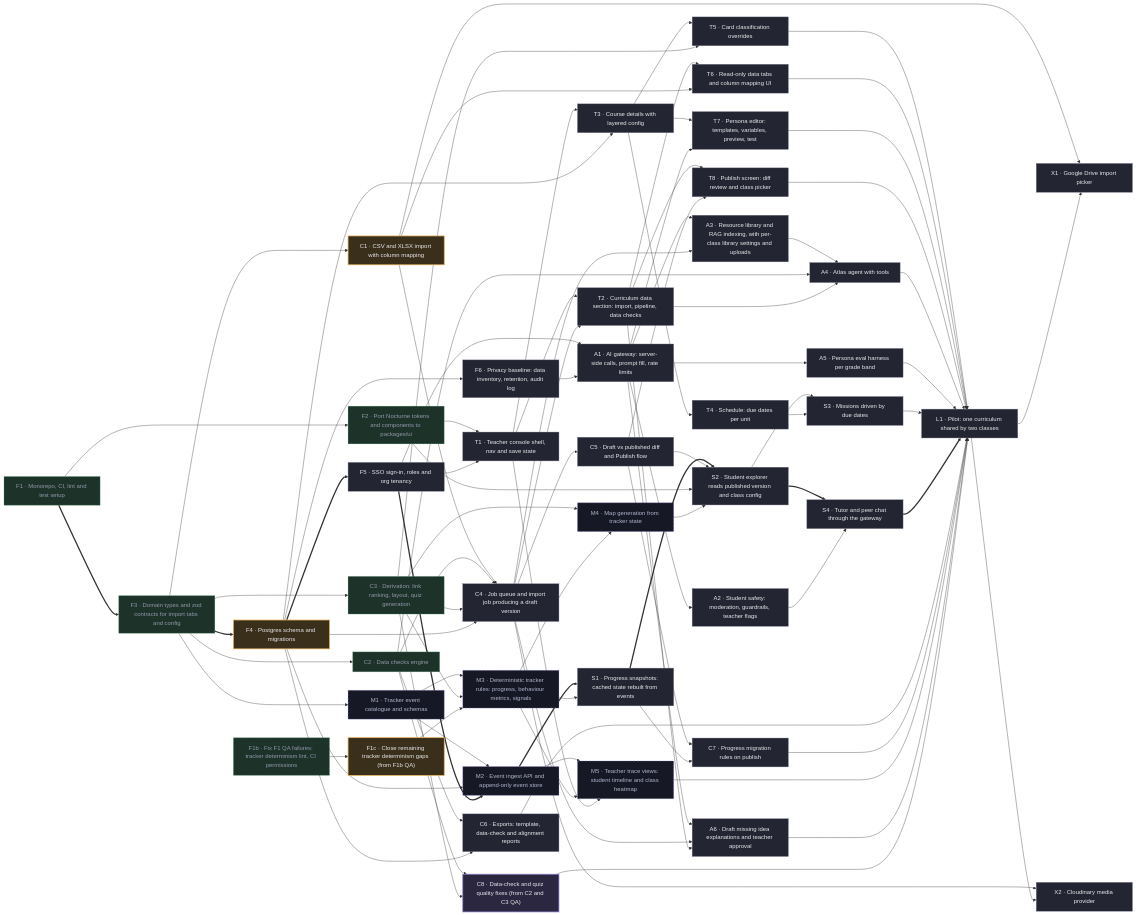
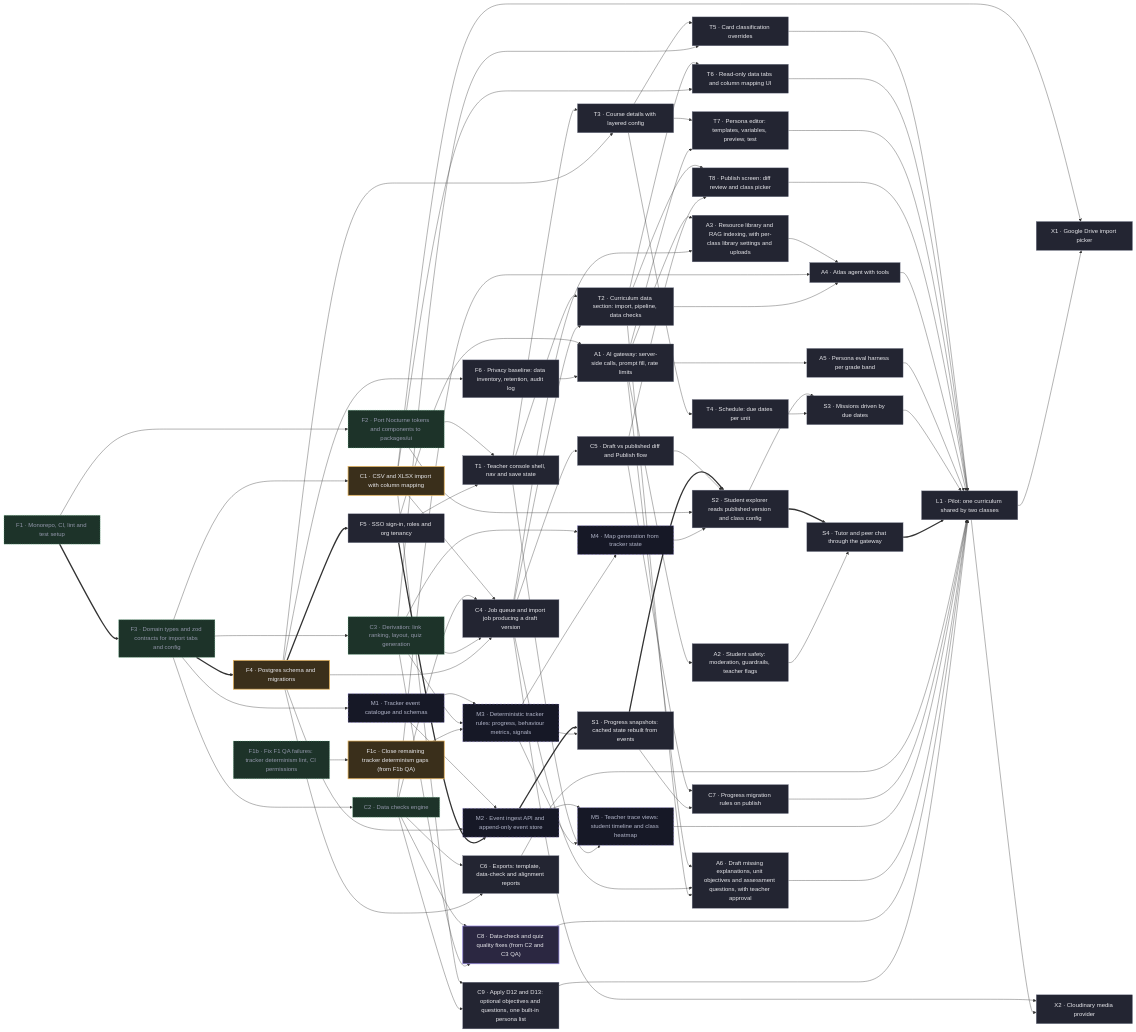
One commit to tenkevin/mind-your-tutor changed the diagram in docs/PLAN.md. Above: the diagram before and after it, drawn with Mermaid. The commit also changed other lines of this file and 3 other files, not shown here.

First line of the commit message:
D12, D13: optional objectives/questions flagged not blocking; one built-in persona list in packages/ai

```diff
--- a/docs/PLAN.md
+++ b/docs/PLAN.md
@@ -96,6 +97,7 @@
   C6["C6 · Exports: template, data-check and alignment reports"]
   C7["C7 · Progress migration rules on publish"]
   C8["C8 · Data-check and quiz quality fixes (from C2 and C3 QA)"]
+  C9["C9 · Apply D12 and D13: optional objectives and questions, one built-in persona list"]
   M1["M1 · Tracker event catalogue and schemas"]
   M2["M2 · Event ingest API and append-only event store"]
   M3["M3 · Deterministic tracker rules: progress, behaviour metrics, signals"]
@@ -114,7 +116,7 @@
   A3["A3 · Resource library and RAG indexing, with per-class library settings and uploads"]
   A4["A4 · Atlas agent with tools"]
   A5["A5 · Persona eval harness per grade band"]
-  A6["A6 · Draft missing idea explanations and teacher approval"]
+  A6["A6 · Draft missing explanations, unit objectives and assessment questions, with teacher approval"]
   S1["S1 · Progress snapshots: cached state rebuilt from events"]
   S2["S2 · Student explorer reads published version and class config"]
   S3["S3 · Missions driven by due dates"]
@@ -142,6 +144,8 @@
   S1 --> C7
   C2 --> C8
   C3 --> C8
+  C1 --> C9
+  C2 --> C9
   F3 --> M1
   M1 --> M2
   F4 --> M2
@@ -204,6 +208,7 @@
   M5 --> L1
   A6 --> L1
   C8 --> L1
+  C9 --> L1
   C1 --> X1
   L1 --> X1
   C4 --> X2
@@ -214,7 +219,7 @@
   classDef review fill:#3a2f1b,stroke:#e6b45c,color:#e9e9ed,stroke-width:2px
   classDef done fill:#1d3329,stroke:#6fcf97,color:#9397ab,stroke-dasharray:3 3
   classDef spec fill:#161826,stroke:#968ae0,color:#b2b6ca,stroke-dasharray:6 4
-  class F5,F6,C4,C5,C6,C7,T1,T2,T3,T4,T5,T6,T7,T8,A1,A2,A3,A4,A5,A6,S1,S2,S3,S4,L1,X1,X2 todo
+  class F5,F6,C4,C5,C6,C7,C9,T1,T2,T3,T4,T5,T6,T7,T8,A1,A2,A3,A4,A5,A6,S1,S2,S3,S4,L1,X1,X2 todo
   class C8 doing
   class F1c,F4,C1 review
   class F1,F1b,F2,F3,C2,C3 done
```
